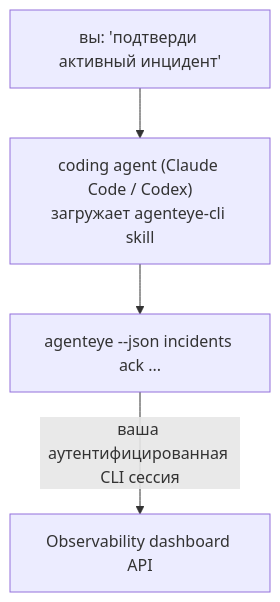
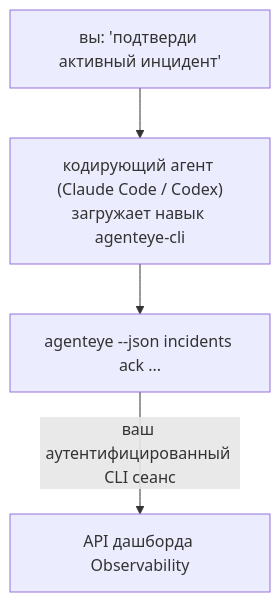
The diagram in docs/ru/agenteye/cli-skill.mdx (FailproofAI/failproofai), drawn with Mermaid before and after one commit. The commit also changed other lines of this file and 678 other files, not shown here.

````diff
--- a/docs/ru/agenteye/cli-skill.mdx
+++ b/docs/ru/agenteye/cli-skill.mdx
@@ -28,6 +28,6 @@
 ```mermaid
 flowchart TD
-    YOU["вы: 'подтверди активный инцидент'"] --> AGENT["coding agent (Claude Code / Codex)<br/>загружает agenteye-cli skill"]
+    YOU["вы: 'подтверди активный инцидент'"] --> AGENT["кодирующий агент (Claude Code / Codex)<br/>загружает навык agenteye-cli"]
     AGENT --> CLI["agenteye --json incidents ack ..."]
-    CLI -->|ваша аутентифицированная CLI сессия| API["Observability dashboard API"]
+    CLI -->|ваш аутентифицированный CLI сеанс| API["API дашборда Observability"]
 ```
````
